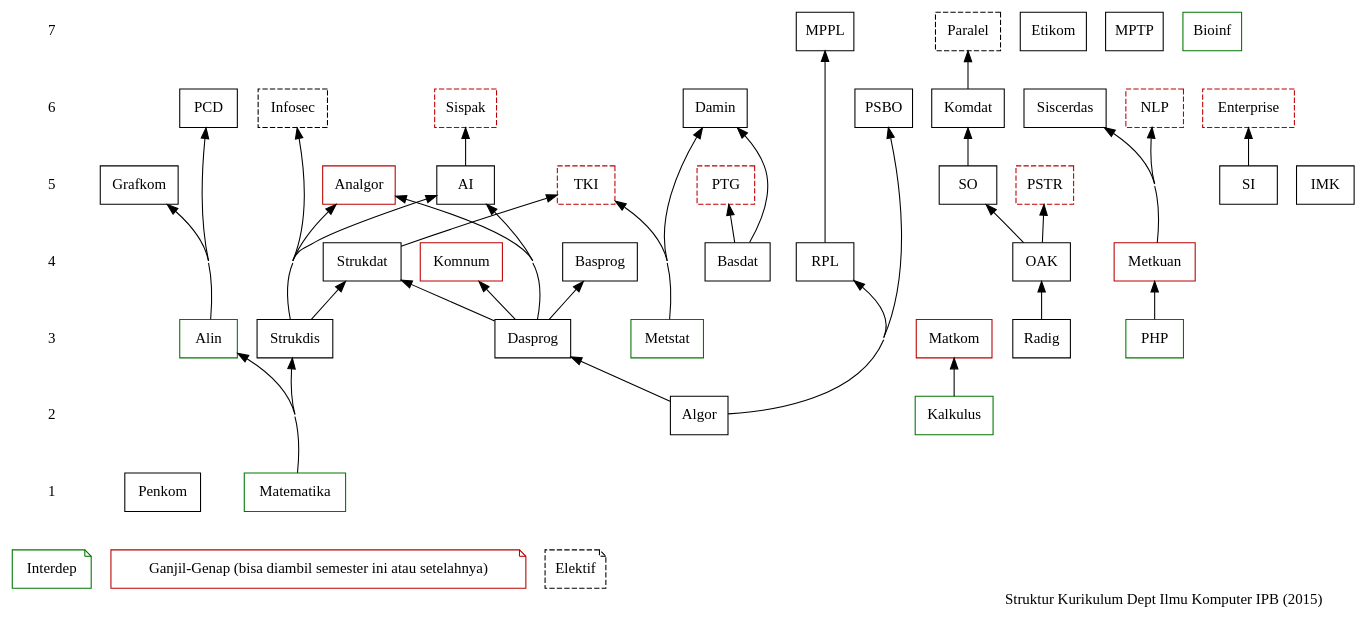
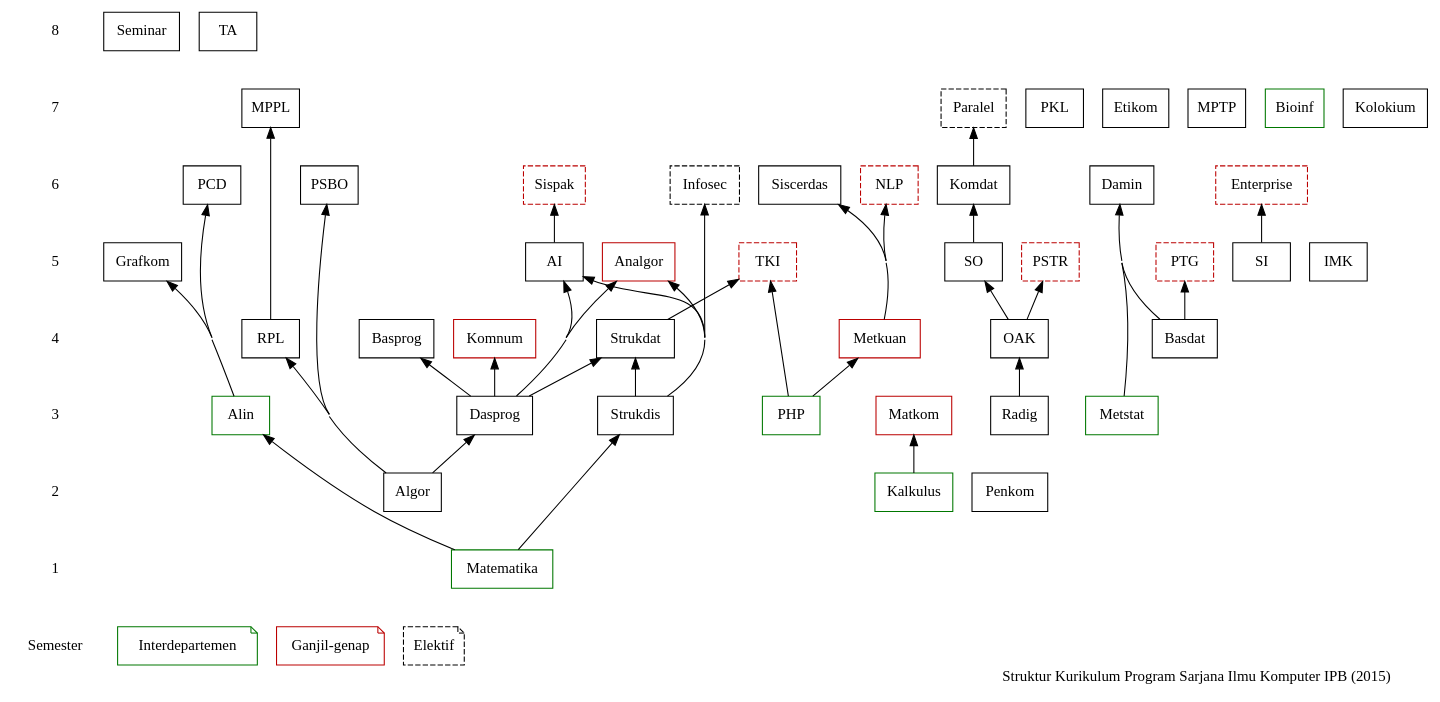
Before and after one commit to auriza/s1kom: the diagram in mk2015.dot, drawn with Graphviz. The commit also changed 7 other files, not shown here.

```diff
--- a/mk2015.dot
+++ b/mk2015.dot
@@ -1,73 +1,74 @@
 digraph kom2015
 {
     node [shape="box"; fontname="Fira Sans"]
     edge [dir="back"]
     concentrate="true"
 
     # semester
     subgraph sem {
         node [shape="plaintext"]
         edge [style="invis"]
-        7 -> 6 -> 5 -> 4 -> 3 -> 2 -> 1
+        8 -> 7 -> 6 -> 5 -> 4 -> 3 -> 2 -> 1 -> Semester
     }
 
     # mayor
-    {rank="same" 1 Penkom Matematika}
-    {rank="same" 2 Algor Kalkulus}
+    {rank="same" 1 Matematika}
+    {rank="same" 2 Algor Kalkulus Penkom}
     {rank="same" 3 Dasprog Alin Strukdis Radig Metstat PHP Matkom}
     {rank="same" 4 Basprog Strukdat RPL OAK Basdat Metkuan Komnum}
     {rank="same" 5 AI Grafkom SO SI IMK Analgor}
     {rank="same" 6 PCD PSBO Komdat Damin Siscerdas}
-    {rank="same" 7 Etikom MPTP MPPL Bioinf}
+    {rank="same" 7 PKL Etikom MPTP MPPL Bioinf Kolokium}
+    {rank="same" 8 Seminar TA}
     Dasprog -> Algor
     Alin -> Matematika
     Strukdis -> Matematika
     Matkom -> Kalkulus
     Basprog -> Dasprog
     OAK -> Radig
     Strukdat -> {Dasprog Strukdis}
     RPL -> Algor
     Komnum -> Dasprog
     Metkuan -> PHP
     AI -> {Dasprog Strukdis}        // -> Strukdat ?
     Grafkom -> Alin
     SO -> OAK
     Analgor -> {Dasprog Strukdis}   // -> Strukdat ?
     Komdat -> SO
     Siscerdas -> Metkuan
     PCD -> Alin
     Damin -> {Basdat Metstat}
     PSBO -> Algor
     MPPL -> RPL
 
     #interdep
     Matematika, Kalkulus, Metstat, Alin, PHP, Bioinf [color="#007700"]
 
     # elektif
     PSTR, PTG, TKI, Infosec, Sispak, Enterprise, NLP, Paralel [style="dashed"]
     {rank="same" 5 PSTR, PTG, TKI}
     {rank="same" 6 Infosec, Sispak, Enterprise, NLP}
     {rank="same" 7 Paralel}
     PSTR -> OAK
     PTG -> Basdat
-    TKI -> {Metstat Strukdat}
+    TKI -> {PHP Strukdat}
     Infosec -> Strukdis
     Sispak -> AI
     Enterprise -> SI
     NLP -> Metkuan
     Paralel -> Komdat
 
     # ganjil-genap
     Matkom, Metkuan, Komnum, Analgor, PSTR, PTG, TKI, Sispak, Enterprise, NLP [color="#bb0000"]
 
     # keterangan
-    {rank="sink" interdep ganjilgenap elektif}
-    interdep [shape="note"; color="#007700"; label="Interdep"]
-    ganjilgenap [shape="note"; color="#bb0000"; label="Ganjil-Genap (bisa diambil semester ini atau setelahnya)";]
+    {rank="sink" Semester interdep ganjilgenap elektif}
+    interdep [shape="note"; color="#007700"; label="Interdepartemen"]
+    ganjilgenap [shape="note"; color="#bb0000"; label="Ganjil-genap";]
     elektif [shape="note"; style="dashed"; label="Elektif"]
 
     # title
-    label="Struktur Kurikulum Dept Ilmu Komputer IPB (2015)"
+    label="Struktur Kurikulum Program Sarjana Ilmu Komputer IPB (2015)"
     labeljust="r"
     fontname="Fira Sans"
 }
```
